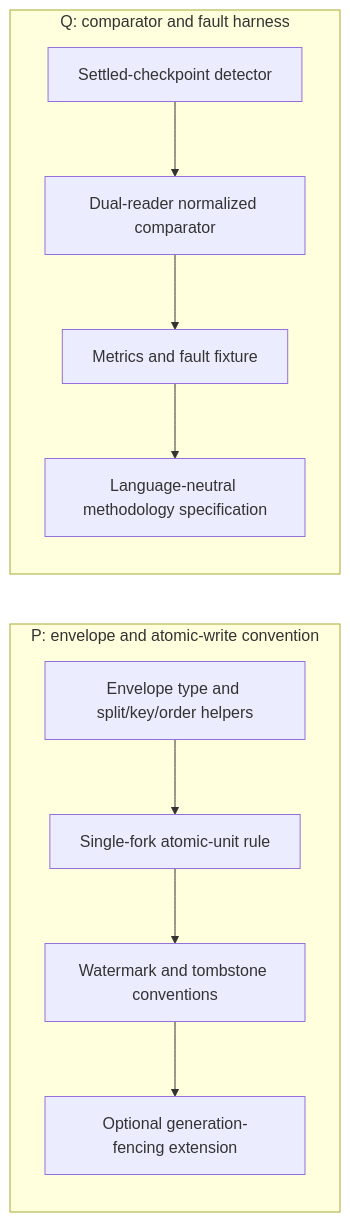
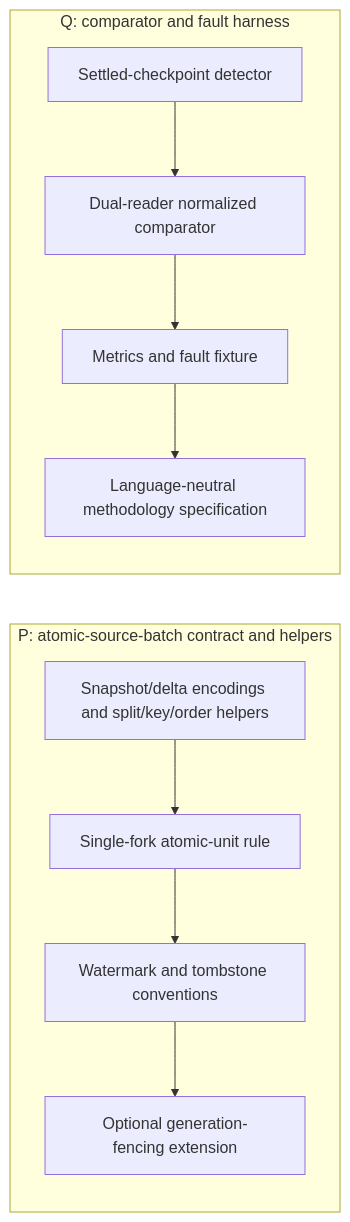
The first of 2 diagrams in docs/plans/detailed-prerequisites.md (billf/convex-backend), drawn with Mermaid before and after one commit. The commit also changed other lines of this file and 12 other files, not shown here.

````diff
--- a/docs/plans/detailed-prerequisites.md
+++ b/docs/plans/detailed-prerequisites.md
@@ -6,19 +6,19 @@
 ```mermaid
 flowchart LR
-  subgraph P["P: envelope and atomic-write convention"]
-    p1["Envelope type and split/key/order helpers"]
+  subgraph P["P: atomic-source-batch contract and helpers"]
+    p1["Snapshot/delta encodings and split/key/order helpers"]
     p2["Single-fork atomic-unit rule"]
     p3["Watermark and tombstone conventions"]
     p4["Optional generation-fencing extension"]
   end
 
   subgraph Q["Q: comparator and fault harness"]
     q1["Settled-checkpoint detector"]
     q2["Dual-reader normalized comparator"]
     q3["Metrics and fault fixture"]
     q4["Language-neutral methodology specification"]
   end
 
   p1 --> p2 --> p3 --> p4
   q1 --> q2 --> q3 --> q4
 ```
````
